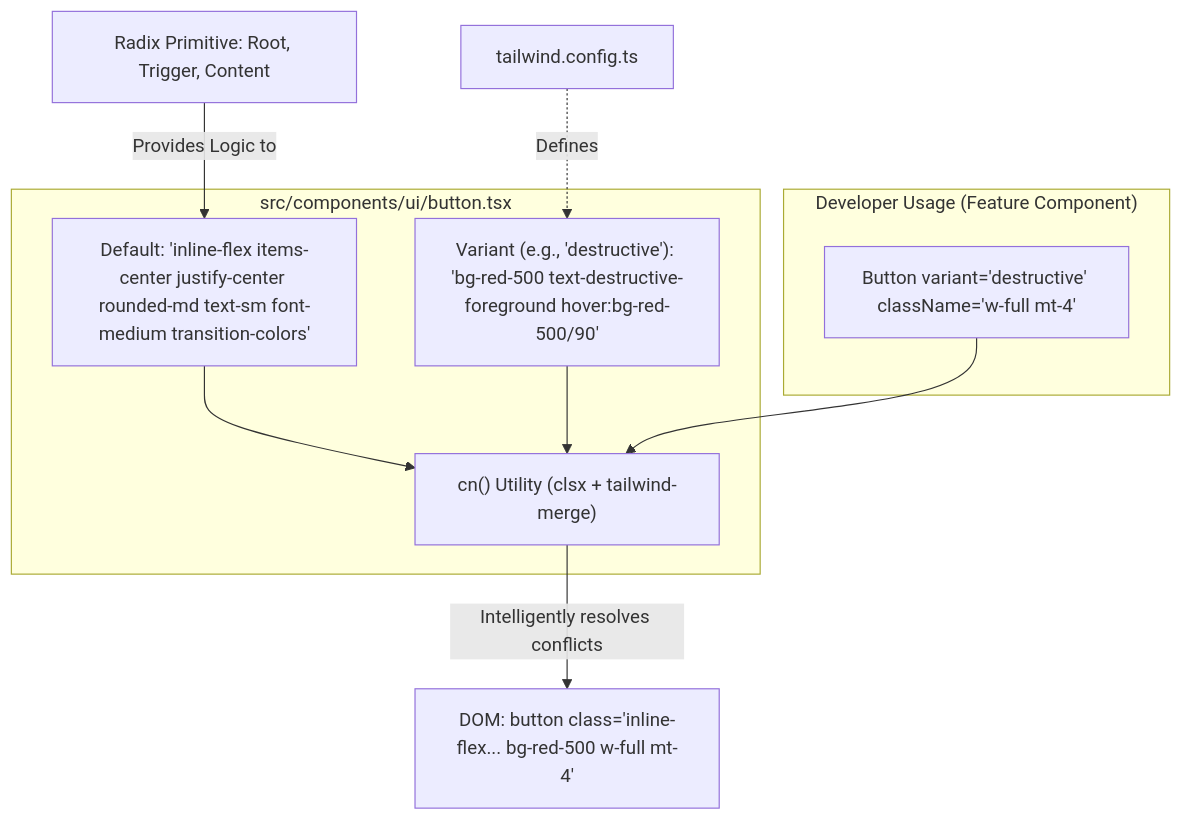
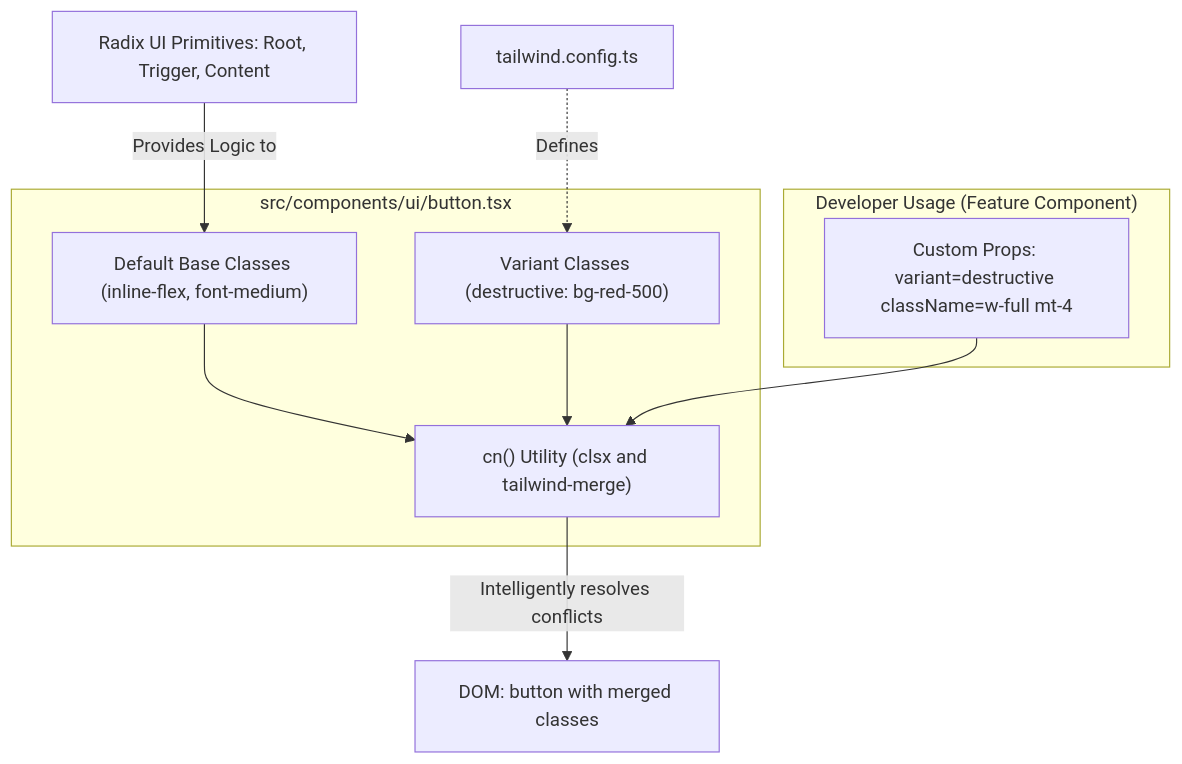
The first of 2 diagrams in public/content/Projects/EMPLO/frontend/module5_ui_styling.md (SawanTeja/Study), drawn with Mermaid before and after one commit. The commit also changed 6 other files, not shown here.

Commit message:
fix: sanitize mermaid flowcharts and sequence diagrams in frontend and backend modules

````diff
--- a/public/content/Projects/EMPLO/frontend/module5_ui_styling.md
+++ b/public/content/Projects/EMPLO/frontend/module5_ui_styling.md
@@ -44,24 +44,24 @@
 ```mermaid
 flowchart TD
     TailwindConfig["tailwind.config.ts"]
-    Radix["Radix Primitive: Root, Trigger, Content"]
+    Radix["Radix UI Primitives: Root, Trigger, Content"]
     
     subgraph ButtonComponent ["src/components/ui/button.tsx"]
-        DefaultClasses["Default: 'inline-flex items-center justify-center rounded-md text-sm font-medium transition-colors'"]
-        VariantClasses["Variant (e.g., 'destructive'): 'bg-red-500 text-destructive-foreground hover:bg-red-500/90'"]
-        TailwindMerge["cn() Utility (clsx + tailwind-merge)"]
+        DefaultClasses["Default Base Classes (inline-flex, font-medium)"]
+        VariantClasses["Variant Classes (destructive: bg-red-500)"]
+        TailwindMerge["cn() Utility (clsx and tailwind-merge)"]
     end
     
     subgraph DevUsage ["Developer Usage (Feature Component)"]
-        CustomProps["Button variant='destructive' className='w-full mt-4'"]
+        CustomProps["Custom Props: variant=destructive className=w-full mt-4"]
     end
     
     TailwindConfig -.->|Defines| VariantClasses
     Radix -->|Provides Logic to| DefaultClasses
     
     DefaultClasses --> TailwindMerge
     VariantClasses --> TailwindMerge
     CustomProps --> TailwindMerge
     
-    TailwindMerge -->|Intelligently resolves conflicts| FinalDOM["DOM: button class='inline-flex... bg-red-500 w-full mt-4'"]
+    TailwindMerge -->|Intelligently resolves conflicts| FinalDOM["DOM: button with merged classes"]
 ```
````
